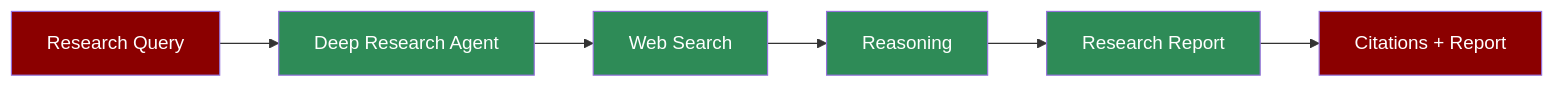
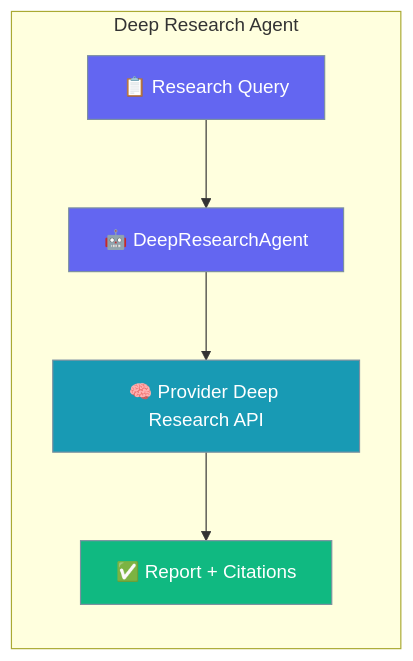
The first of 2 diagrams in docs/agents/deep-research.mdx (MervinPraison/PraisonAIDocs), drawn with Mermaid before and after one commit. The commit also changed other lines of this file and 1 other file, not shown here.

Commit message:
docs: AGENTS.md compliance for deep-research, embedding agents (#1733)

````diff
--- a/docs/agents/deep-research.mdx
+++ b/docs/agents/deep-research.mdx
@@ -8,15 +20,16 @@
 ```mermaid
-flowchart LR
-    In[Research Query] --> Agent[Deep Research Agent]
-    Agent --> Search[Web Search]
-    Search --> Reason[Reasoning]
-    Reason --> Report[Research Report]
-    Report --> Out[Citations + Report]
-    
-    style In fill:#8B0000,color:#fff
-    style Agent fill:#2E8B57,color:#fff
-    style Search fill:#2E8B57,color:#fff
-    style Reason fill:#2E8B57,color:#fff
-    style Report fill:#2E8B57,color:#fff
-    style Out fill:#8B0000,color:#fff
+graph LR
+    subgraph "Deep Research Agent"
+        User[📋 Research Query] --> Agent[🤖 DeepResearchAgent]
+        Agent --> Search[🧠 Provider Deep Research API]
+        Search --> Report[✅ Report + Citations]
+    end
+
+    classDef input fill:#6366F1,stroke:#7C90A0,color:#fff
+    classDef process fill:#189AB4,stroke:#7C90A0,color:#fff
+    classDef output fill:#10B981,stroke:#7C90A0,color:#fff
+
+    class User,Agent input
+    class Search process
+    class Report output
 ```
````
